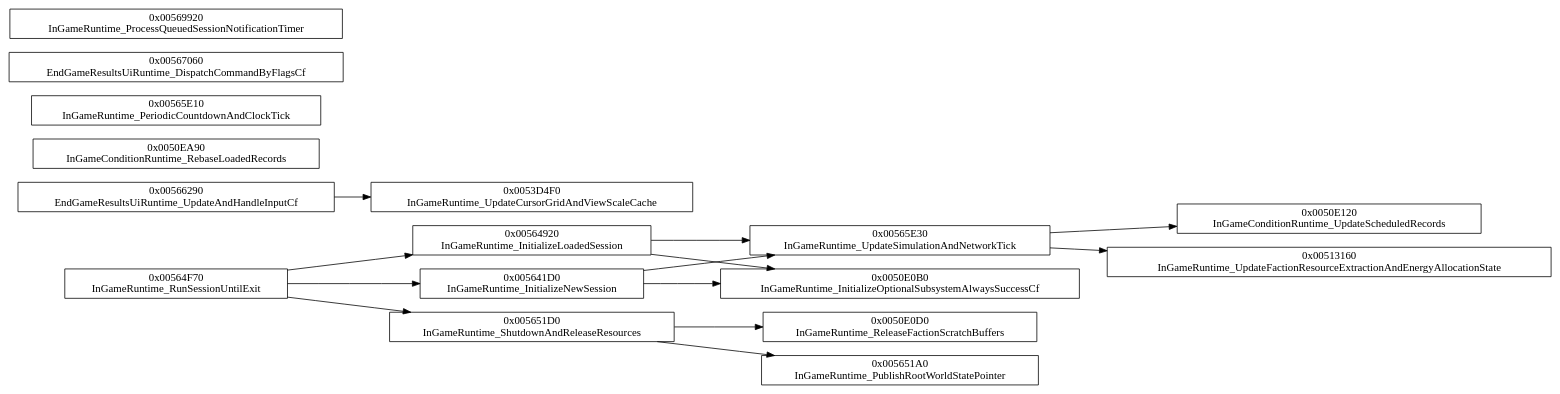
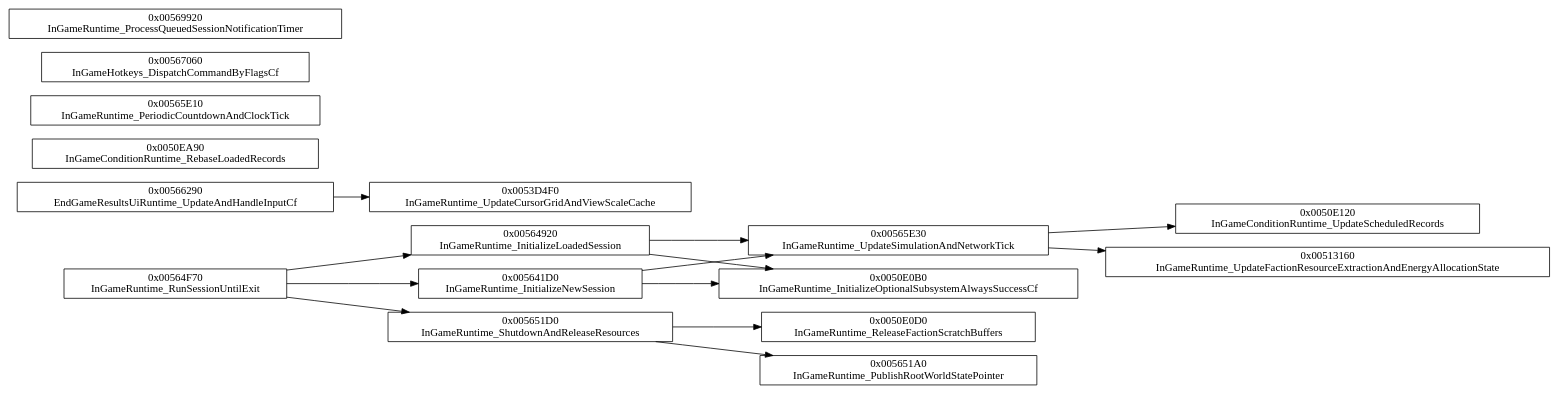
The diagram in docs/callgraphs/gameplay/session/runtime.dot (idkFoxes/open-thandor), drawn with Graphviz before and after one commit. The commit also changed 32 other files, not shown here.

```diff
--- a/docs/callgraphs/gameplay/session/runtime.dot
+++ b/docs/callgraphs/gameplay/session/runtime.dot
@@ -1,32 +1,32 @@
 digraph thandor {
   rankdir=LR;
   node [shape=box];
   "InGameRuntime_RunSessionUntilExit" [label="0x00564F70\nInGameRuntime_RunSessionUntilExit"];
   "EndGameResultsUiRuntime_UpdateAndHandleInputCf" [label="0x00566290\nEndGameResultsUiRuntime_UpdateAndHandleInputCf"];
   "InGameConditionRuntime_RebaseLoadedRecords" [label="0x0050EA90\nInGameConditionRuntime_RebaseLoadedRecords"];
   "InGameRuntime_PeriodicCountdownAndClockTick" [label="0x00565E10\nInGameRuntime_PeriodicCountdownAndClockTick"];
-  "EndGameResultsUiRuntime_DispatchCommandByFlagsCf" [label="0x00567060\nEndGameResultsUiRuntime_DispatchCommandByFlagsCf"];
+  "InGameHotkeys_DispatchCommandByFlagsCf" [label="0x00567060\nInGameHotkeys_DispatchCommandByFlagsCf"];
   "InGameRuntime_ProcessQueuedSessionNotificationTimer" [label="0x00569920\nInGameRuntime_ProcessQueuedSessionNotificationTimer"];
   "InGameRuntime_InitializeNewSession" [label="0x005641D0\nInGameRuntime_InitializeNewSession"];
   "InGameRuntime_InitializeLoadedSession" [label="0x00564920\nInGameRuntime_InitializeLoadedSession"];
   "InGameRuntime_ShutdownAndReleaseResources" [label="0x005651D0\nInGameRuntime_ShutdownAndReleaseResources"];
   "InGameRuntime_ReleaseFactionScratchBuffers" [label="0x0050E0D0\nInGameRuntime_ReleaseFactionScratchBuffers"];
   "InGameConditionRuntime_UpdateScheduledRecords" [label="0x0050E120\nInGameConditionRuntime_UpdateScheduledRecords"];
   "InGameRuntime_UpdateFactionResourceExtractionAndEnergyAllocationState" [label="0x00513160\nInGameRuntime_UpdateFactionResourceExtractionAndEnergyAllocationState"];
   "InGameRuntime_UpdateCursorGridAndViewScaleCache" [label="0x0053D4F0\nInGameRuntime_UpdateCursorGridAndViewScaleCache"];
   "InGameRuntime_PublishRootWorldStatePointer" [label="0x005651A0\nInGameRuntime_PublishRootWorldStatePointer"];
   "InGameRuntime_UpdateSimulationAndNetworkTick" [label="0x00565E30\nInGameRuntime_UpdateSimulationAndNetworkTick"];
   "InGameRuntime_InitializeOptionalSubsystemAlwaysSuccessCf" [label="0x0050E0B0\nInGameRuntime_InitializeOptionalSubsystemAlwaysSuccessCf"];
   "InGameRuntime_RunSessionUntilExit" -> "InGameRuntime_InitializeNewSession";
   "InGameRuntime_RunSessionUntilExit" -> "InGameRuntime_InitializeLoadedSession";
   "InGameRuntime_RunSessionUntilExit" -> "InGameRuntime_ShutdownAndReleaseResources";
   "EndGameResultsUiRuntime_UpdateAndHandleInputCf" -> "InGameRuntime_UpdateCursorGridAndViewScaleCache";
   "InGameRuntime_InitializeNewSession" -> "InGameRuntime_InitializeOptionalSubsystemAlwaysSuccessCf";
   "InGameRuntime_InitializeNewSession" -> "InGameRuntime_UpdateSimulationAndNetworkTick";
   "InGameRuntime_InitializeLoadedSession" -> "InGameRuntime_InitializeOptionalSubsystemAlwaysSuccessCf";
   "InGameRuntime_InitializeLoadedSession" -> "InGameRuntime_UpdateSimulationAndNetworkTick";
   "InGameRuntime_ShutdownAndReleaseResources" -> "InGameRuntime_PublishRootWorldStatePointer";
   "InGameRuntime_ShutdownAndReleaseResources" -> "InGameRuntime_ReleaseFactionScratchBuffers";
   "InGameRuntime_UpdateSimulationAndNetworkTick" -> "InGameConditionRuntime_UpdateScheduledRecords";
   "InGameRuntime_UpdateSimulationAndNetworkTick" -> "InGameRuntime_UpdateFactionResourceExtractionAndEnergyAllocationState";
 }
```
